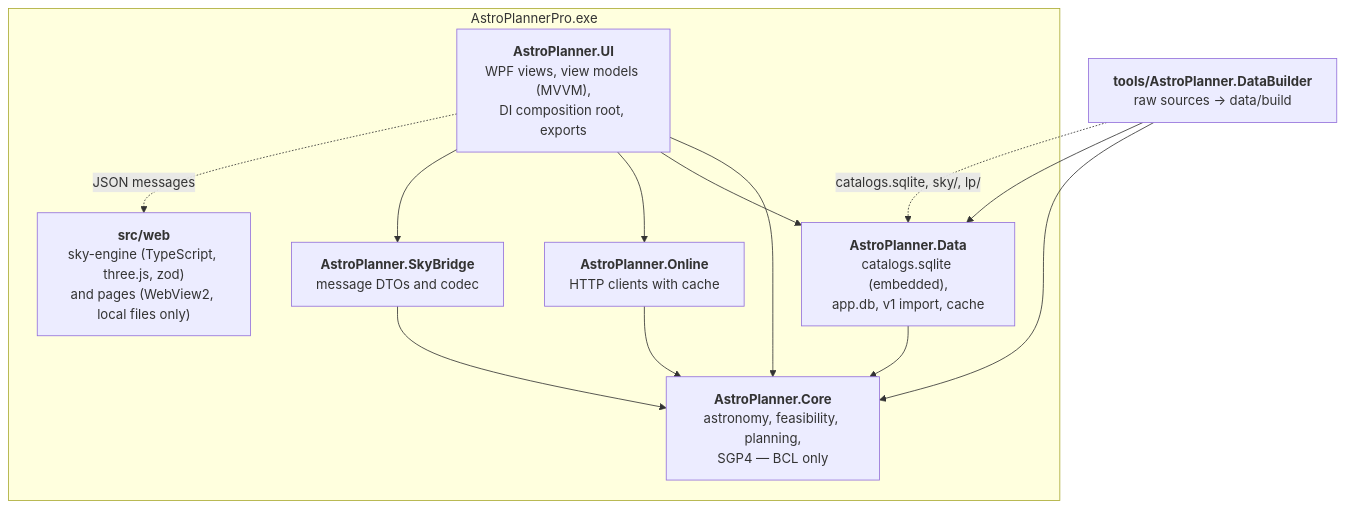
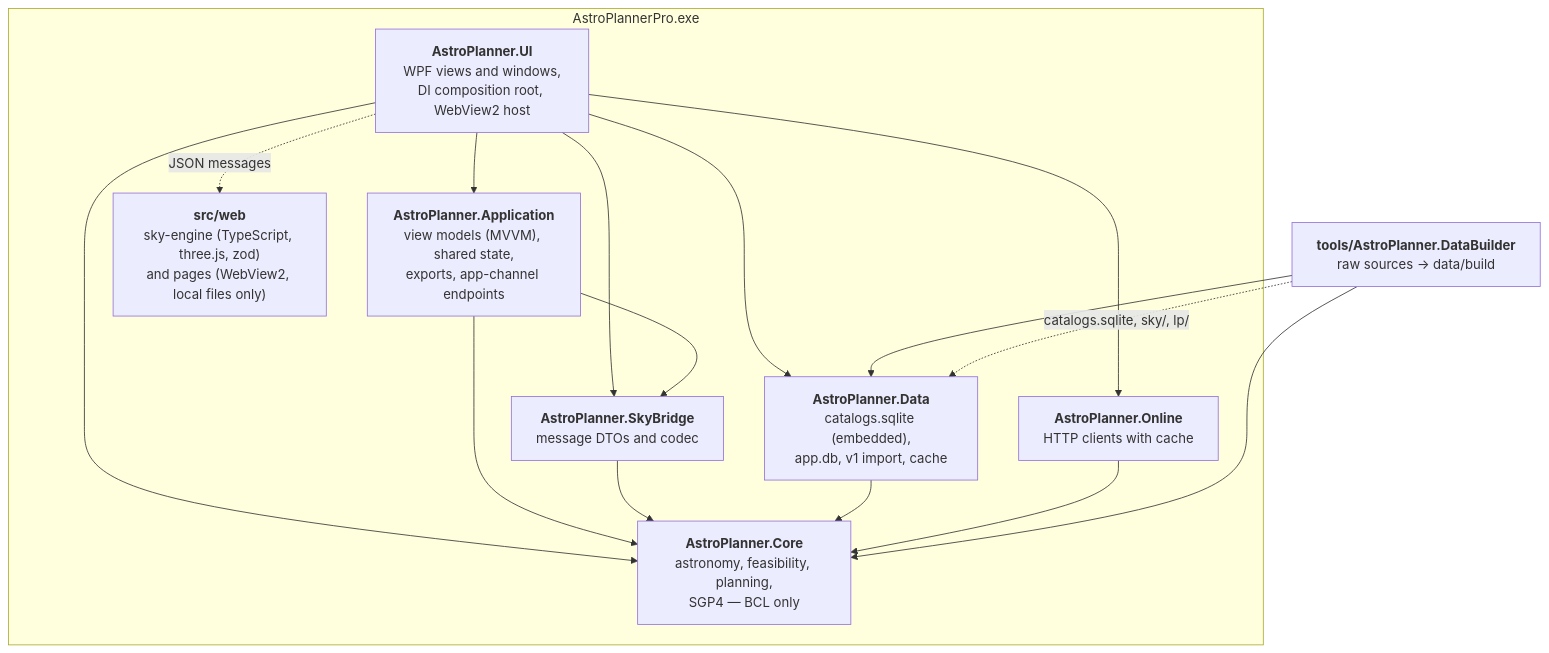
Before and after one commit to Yamato6/AstroPlanner-Pro: the diagram in docs/architecture.md, drawn with Mermaid. The commit also changed other lines of this file and 5 other files, not shown here.

Commit message:
docs: Application layer, endpoint modules and single-threaded view models

````diff
--- a/docs/architecture.md
+++ b/docs/architecture.md
@@ -7,20 +7,22 @@
 ```mermaid
 flowchart TB
     subgraph app["AstroPlannerPro.exe"]
-        UI["<b>AstroPlanner.UI</b><br/>WPF views, view models (MVVM),<br/>DI composition root, exports"]
+        UI["<b>AstroPlanner.UI</b><br/>WPF views and windows,<br/>DI composition root, WebView2 host"]
+        App["<b>AstroPlanner.Application</b><br/>view models (MVVM), shared state,<br/>exports, app-channel endpoints"]
         Bridge["<b>AstroPlanner.SkyBridge</b><br/>message DTOs and codec"]
         Renderer["<b>src/web</b><br/>sky-engine (TypeScript, three.js, zod)<br/>and pages (WebView2, local files only)"]
         Data["<b>AstroPlanner.Data</b><br/>catalogs.sqlite (embedded),<br/>app.db, v1 import, cache"]
         Online["<b>AstroPlanner.Online</b><br/>HTTP clients with cache"]
         Core["<b>AstroPlanner.Core</b><br/>astronomy, feasibility, planning,<br/>SGP4 — BCL only"]
     end
     Builder["<b>tools/AstroPlanner.DataBuilder</b><br/>raw sources → data/build"]
 
-    UI --> Core & Data & Online & Bridge
+    UI --> App & Core & Data & Online & Bridge
+    App --> Core & Bridge
     UI -. "JSON messages" .-> Renderer
     Bridge --> Core
     Data --> Core
     Online --> Core
     Builder --> Core & Data
     Builder -. "catalogs.sqlite, sky/, lp/" .-> Data
 ```
````
